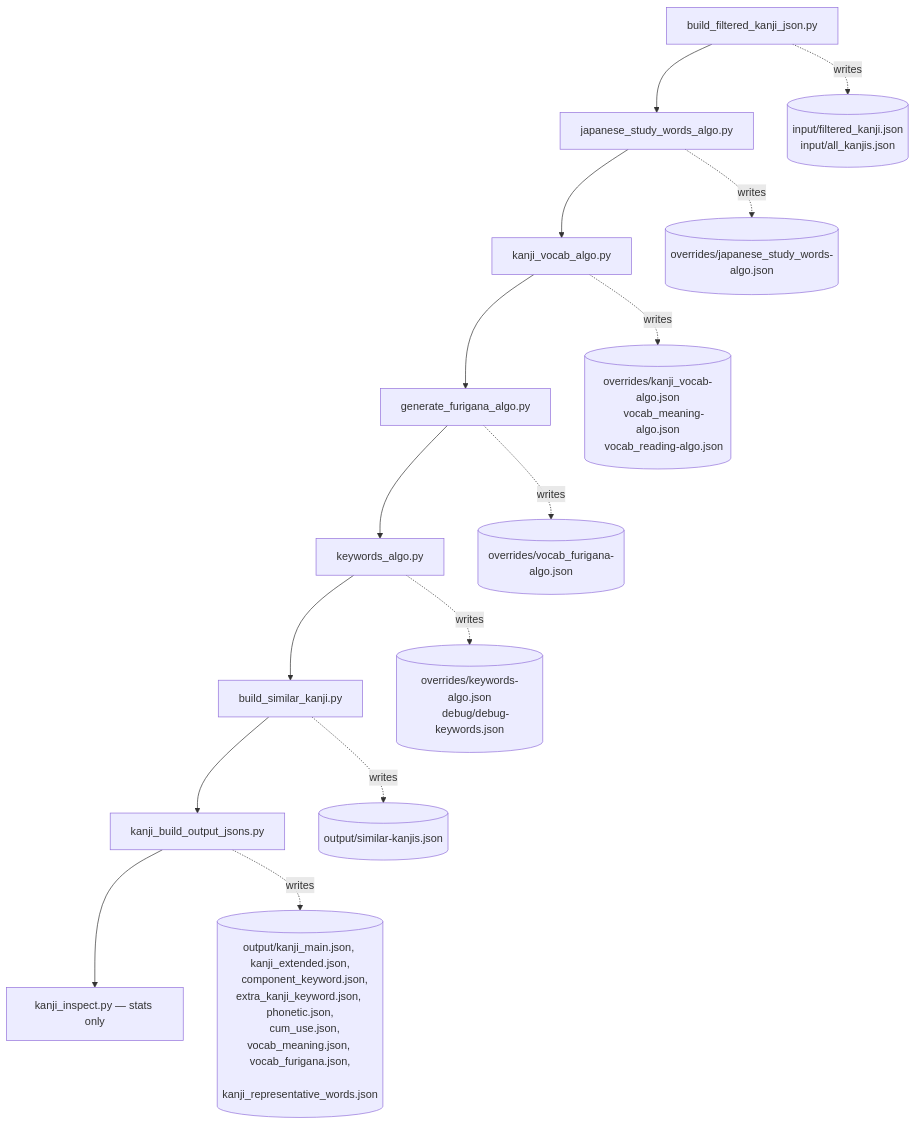
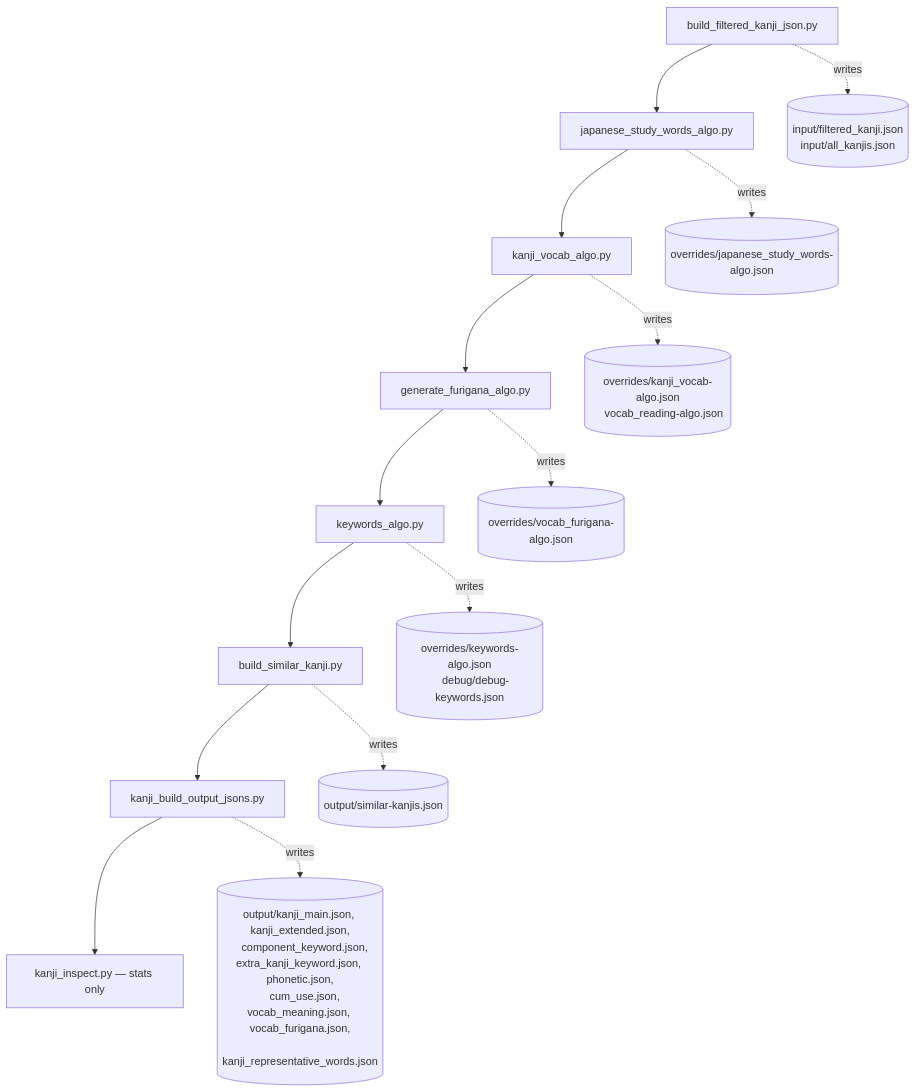
Before and after one commit to PikaPikaGems/kanji-heatmap-data: the first of 8 diagrams in notes/flowchart.md, drawn with Mermaid. The commit also changed other lines of this file and 6 other files, not shown here.

````diff
--- a/notes/flowchart.md
+++ b/notes/flowchart.md
@@ -25,25 +25,24 @@
 ```mermaid
 flowchart TD
     A[build_filtered_kanji_json.py] --> B[japanese_study_words_algo.py]
     B --> C[kanji_vocab_algo.py]
     C --> D[generate_furigana_algo.py]
     D --> E[keywords_algo.py]
     E --> F[build_similar_kanji.py]
     F --> G[kanji_build_output_jsons.py]
     G --> H[kanji_inspect.py — stats only]
 
     A -.writes.-> a1[(input/filtered_kanji.json
     input/all_kanjis.json)]
     B -.writes.-> b1[(overrides/japanese_study_words-algo.json)]
     C -.writes.-> c1[(overrides/kanji_vocab-algo.json
-    vocab_meaning-algo.json
     vocab_reading-algo.json)]
     D -.writes.-> d1[(overrides/vocab_furigana-algo.json)]
     E -.writes.-> e1[(overrides/keywords-algo.json
     debug/debug-keywords.json)]
     F -.writes.-> f1[(output/similar-kanjis.json)]
     G -.writes.-> g1[(output/kanji_main.json, kanji_extended.json,
     component_keyword.json, extra_kanji_keyword.json, phonetic.json,
     cum_use.json, vocab_meaning.json, vocab_furigana.json,
     kanji_representative_words.json)]
 ```
````
